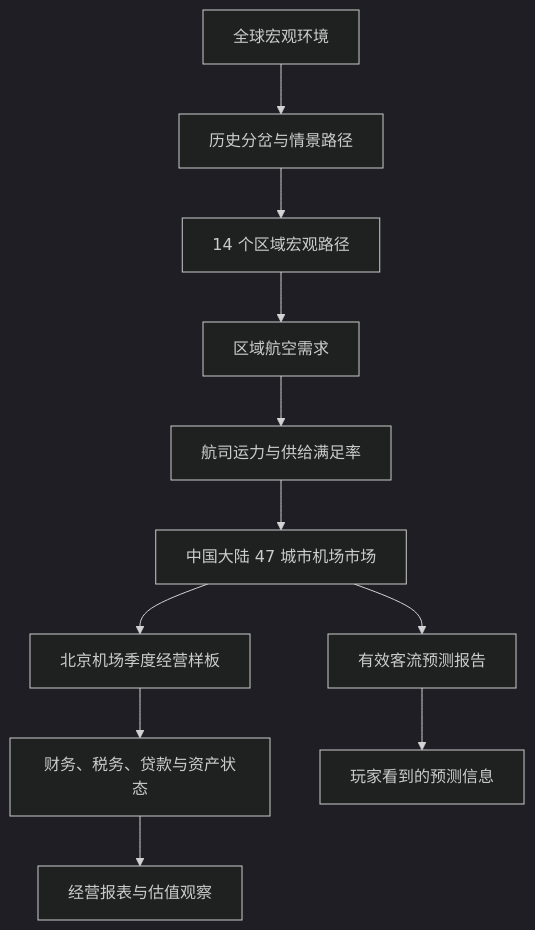
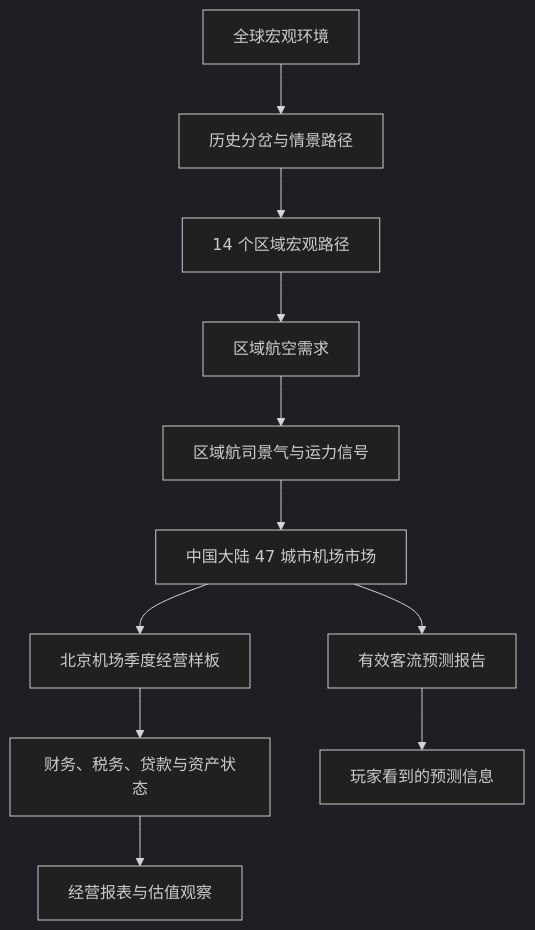
One commit to sansuri665/airport-simulation changed the diagram in docs/models/Model_Pipeline.md. Above: the diagram before and after it, drawn with Mermaid (dark theme). The commit also changed other lines of this file and 73 other files, not shown here.

````diff
--- a/docs/models/Model_Pipeline.md
+++ b/docs/models/Model_Pipeline.md
@@ -9,13 +9,13 @@
 ```mermaid
 flowchart TD
     A["全球宏观环境"] --> B["历史分岔与情景路径"]
     B --> C["14 个区域宏观路径"]
     C --> D["区域航空需求"]
-    D --> E["航司运力与供给满足率"]
+    D --> E["区域航司景气与运力信号"]
     E --> F["中国大陆 47 城市机场市场"]
     F --> G["北京机场季度经营样板"]
     G --> H["财务、税务、贷款与资产状态"]
     H --> I["经营报表与估值观察"]
     F --> J["有效客流预测报告"]
     J --> K["玩家看到的预测信息"]
 ```
````
